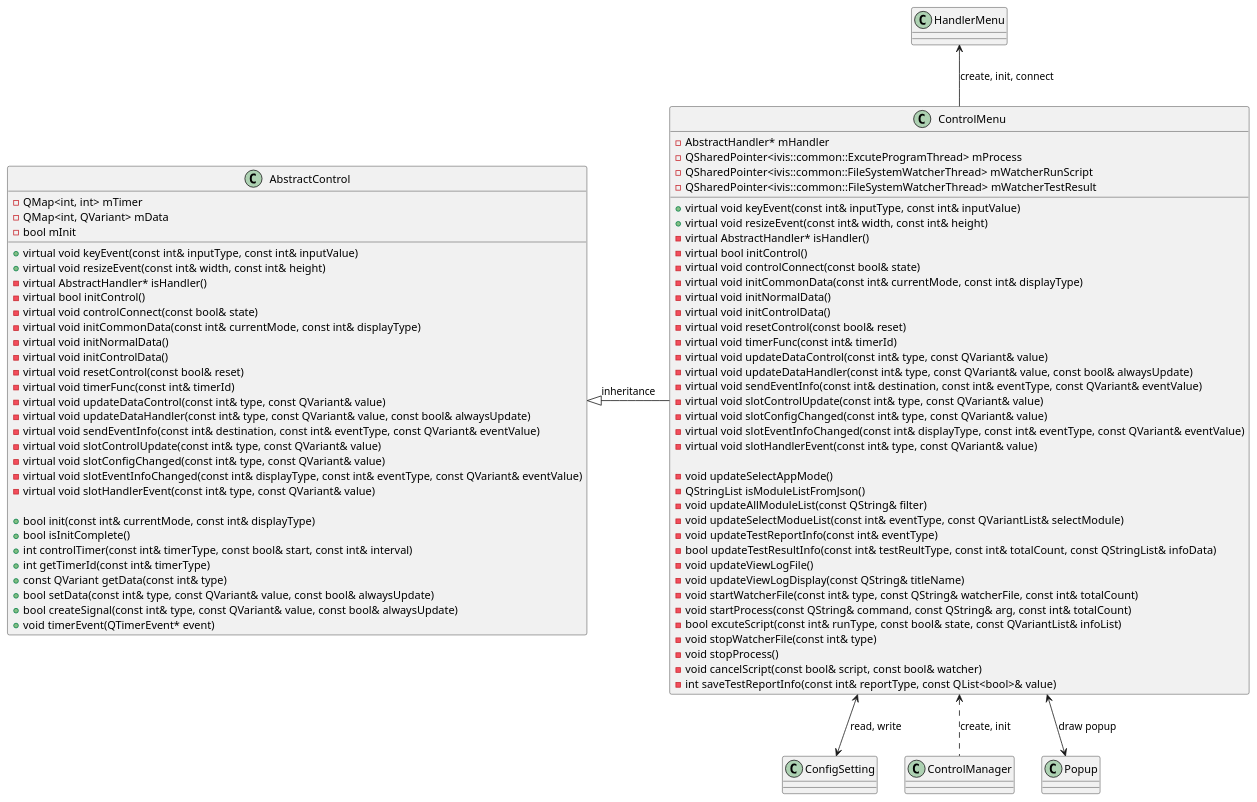
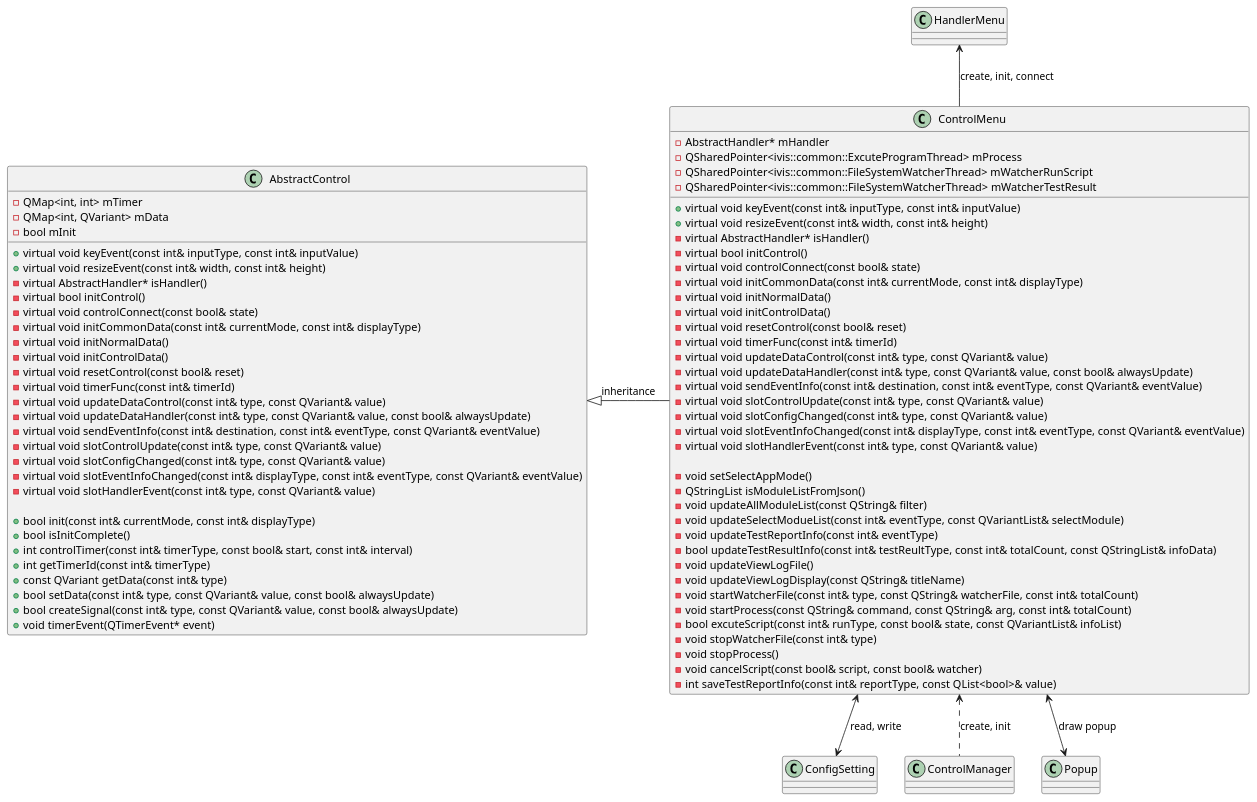
The diagram in Diagram/020_Menu/ClassDiagram_MenuControl.plantuml (rlarudgh1997/Application), drawn with PlantUML before and after one commit. The commit also changed 18 other files, not shown here.

```diff
--- a/Diagram/020_Menu/ClassDiagram_MenuControl.plantuml
+++ b/Diagram/020_Menu/ClassDiagram_MenuControl.plantuml
@@ -1,87 +1,87 @@
 @startuml
 
 ' AbstractControl 클래스 정의
 class AbstractControl {
     +virtual void keyEvent(const int& inputType, const int& inputValue)
     +virtual void resizeEvent(const int& width, const int& height)
     -virtual AbstractHandler* isHandler()
     -virtual bool initControl()
     -virtual void controlConnect(const bool& state)
     -virtual void initCommonData(const int& currentMode, const int& displayType)
     -virtual void initNormalData()
     -virtual void initControlData()
     -virtual void resetControl(const bool& reset)
     -virtual void timerFunc(const int& timerId)
     -virtual void updateDataControl(const int& type, const QVariant& value)
     -virtual void updateDataHandler(const int& type, const QVariant& value, const bool& alwaysUpdate)
     -virtual void sendEventInfo(const int& destination, const int& eventType, const QVariant& eventValue)
     -virtual void slotControlUpdate(const int& type, const QVariant& value)
     -virtual void slotConfigChanged(const int& type, const QVariant& value)
     -virtual void slotEventInfoChanged(const int& displayType, const int& eventType, const QVariant& eventValue)
     -virtual void slotHandlerEvent(const int& type, const QVariant& value)
 
     +bool init(const int& currentMode, const int& displayType)
     +bool isInitComplete()
     +int controlTimer(const int& timerType, const bool& start, const int& interval)
     +int getTimerId(const int& timerType)
     +const QVariant getData(const int& type)
     +bool setData(const int& type, const QVariant& value, const bool& alwaysUpdate)
     +bool createSignal(const int& type, const QVariant& value, const bool& alwaysUpdate)
     +void timerEvent(QTimerEvent* event)
 
     -QMap<int, int> mTimer
     -QMap<int, QVariant> mData
     -bool mInit
 }
 
 ' ControlMenu 클래스 정의
 class ControlMenu {
     +virtual void keyEvent(const int& inputType, const int& inputValue)
     +virtual void resizeEvent(const int& width, const int& height)
     -virtual AbstractHandler* isHandler()
     -virtual bool initControl()
     -virtual void controlConnect(const bool& state)
     -virtual void initCommonData(const int& currentMode, const int& displayType)
     -virtual void initNormalData()
     -virtual void initControlData()
     -virtual void resetControl(const bool& reset)
     -virtual void timerFunc(const int& timerId)
     -virtual void updateDataControl(const int& type, const QVariant& value)
     -virtual void updateDataHandler(const int& type, const QVariant& value, const bool& alwaysUpdate)
     -virtual void sendEventInfo(const int& destination, const int& eventType, const QVariant& eventValue)
     -virtual void slotControlUpdate(const int& type, const QVariant& value)
     -virtual void slotConfigChanged(const int& type, const QVariant& value)
     -virtual void slotEventInfoChanged(const int& displayType, const int& eventType, const QVariant& eventValue)
     -virtual void slotHandlerEvent(const int& type, const QVariant& value)
 
-    -void updateSelectAppMode()
+    -void setSelectAppMode()
     -QStringList isModuleListFromJson()
     -void updateAllModuleList(const QString& filter)
     -void updateSelectModueList(const int& eventType, const QVariantList& selectModule)
     -void updateTestReportInfo(const int& eventType)
     -bool updateTestResultInfo(const int& testReultType, const int& totalCount, const QStringList& infoData)
     -void updateViewLogFile()
     -void updateViewLogDisplay(const QString& titleName)
     -void startWatcherFile(const int& type, const QString& watcherFile, const int& totalCount)
     -void startProcess(const QString& command, const QString& arg, const int& totalCount)
     -bool excuteScript(const int& runType, const bool& state, const QVariantList& infoList)
     -void stopWatcherFile(const int& type)
     -void stopProcess()
     -void cancelScript(const bool& script, const bool& watcher)
     -int saveTestReportInfo(const int& reportType, const QList<bool>& value)
 
     -AbstractHandler* mHandler
     -QSharedPointer<ivis::common::ExcuteProgramThread> mProcess
     -QSharedPointer<ivis::common::FileSystemWatcherThread> mWatcherRunScript
     -QSharedPointer<ivis::common::FileSystemWatcherThread> mWatcherTestResult
 }
 
 
 ' 클래스 간의 관계 정의
 AbstractControl <|- ControlMenu : inheritance
 HandlerMenu <-- ControlMenu : create, init, connect
 ControlMenu <--> ConfigSetting : read, write
 ControlMenu <.. ControlManager : create, init
 ControlMenu <--> Popup : draw popup
 
 @enduml
```
